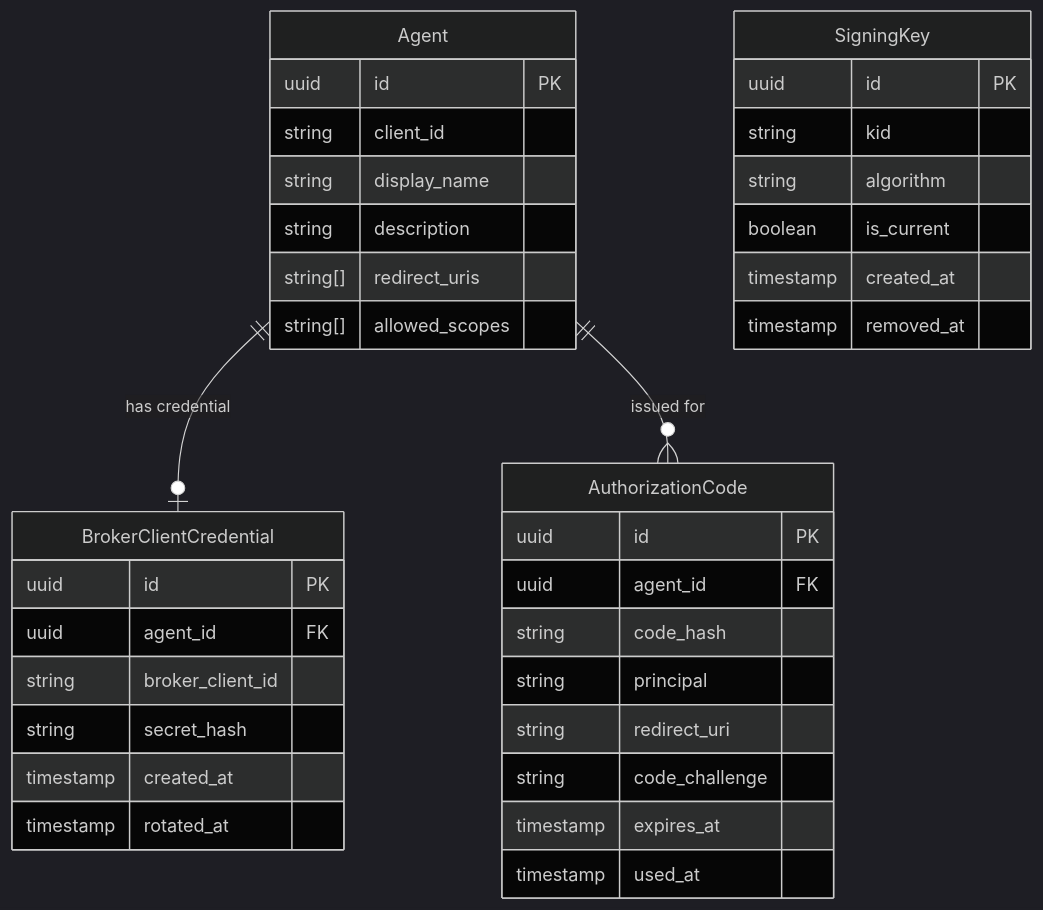
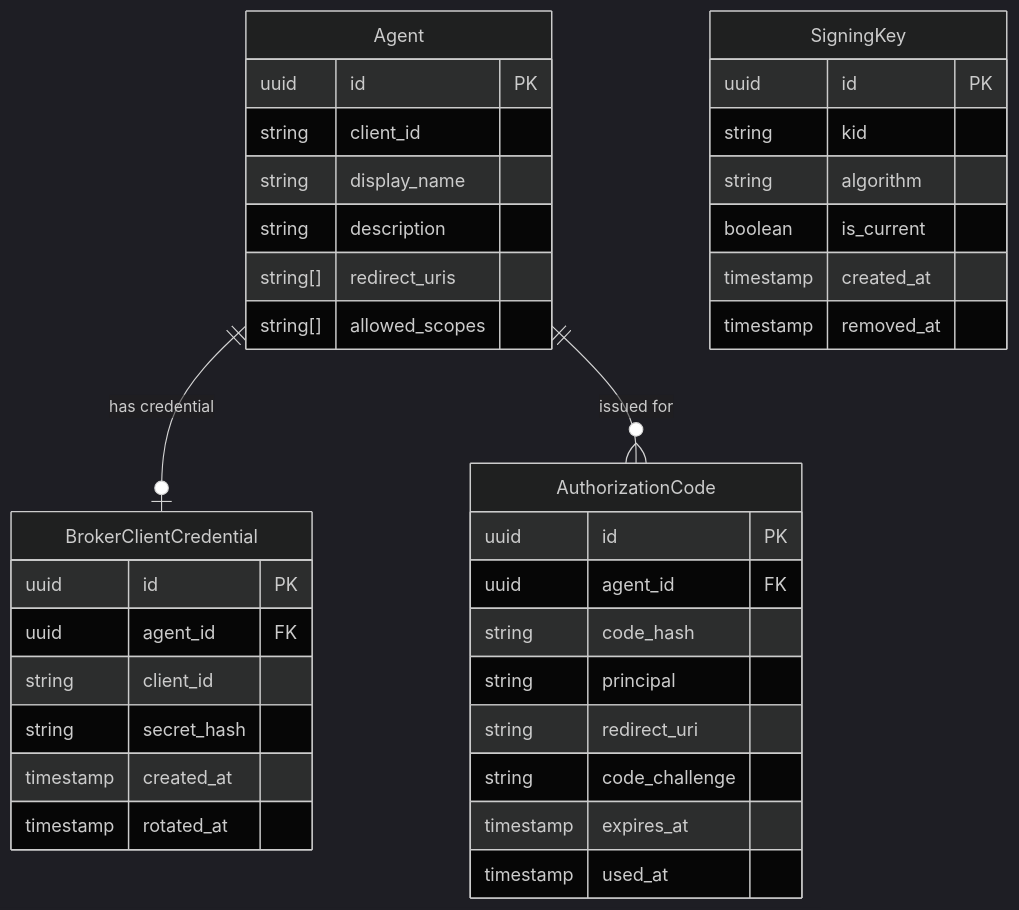
One commit to axsaucedo/agentic-identity-broker changed the first of 2 diagrams in specs/025-oauth2-server/spec.md. Above: the diagram before and after it, drawn with Mermaid (dark theme). The commit also changed other lines of this file and 7 other files, not shown here.

Commit message:
docs(specs): rename broker_client_id to client_id in spec documents

````diff
--- a/specs/025-oauth2-server/spec.md
+++ b/specs/025-oauth2-server/spec.md
@@ -186,39 +186,39 @@
 ```mermaid
 erDiagram
     Agent {
         uuid id PK
         string client_id
         string display_name
         string description
         string[] redirect_uris
         string[] allowed_scopes
     }
     BrokerClientCredential {
         uuid id PK
         uuid agent_id FK
-        string broker_client_id
+        string client_id
         string secret_hash
         timestamp created_at
         timestamp rotated_at
     }
     SigningKey {
         uuid id PK
         string kid
         string algorithm
         boolean is_current
         timestamp created_at
         timestamp removed_at
     }
     AuthorizationCode {
         uuid id PK
         uuid agent_id FK
         string code_hash
         string principal
         string redirect_uri
         string code_challenge
         timestamp expires_at
         timestamp used_at
     }
     Agent ||--o| BrokerClientCredential : "has credential"
     Agent ||--o{ AuthorizationCode : "issued for"
 ```
````
